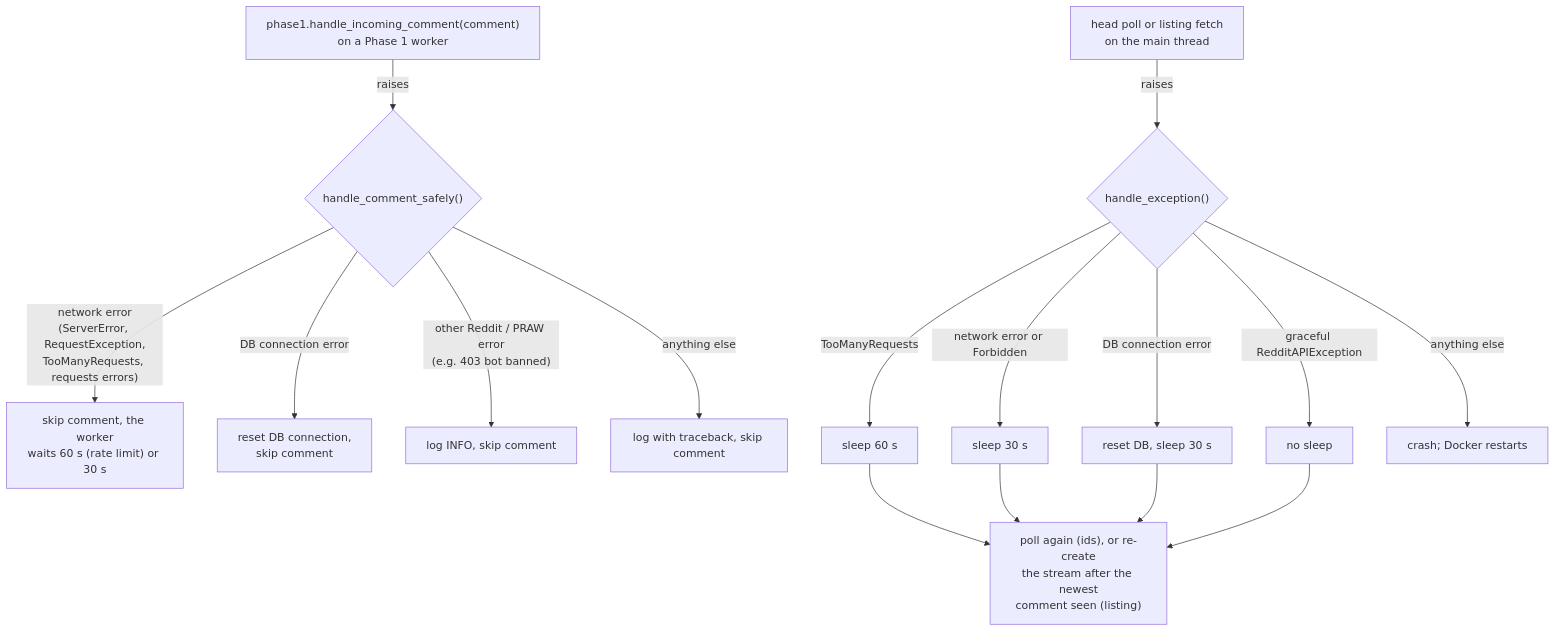
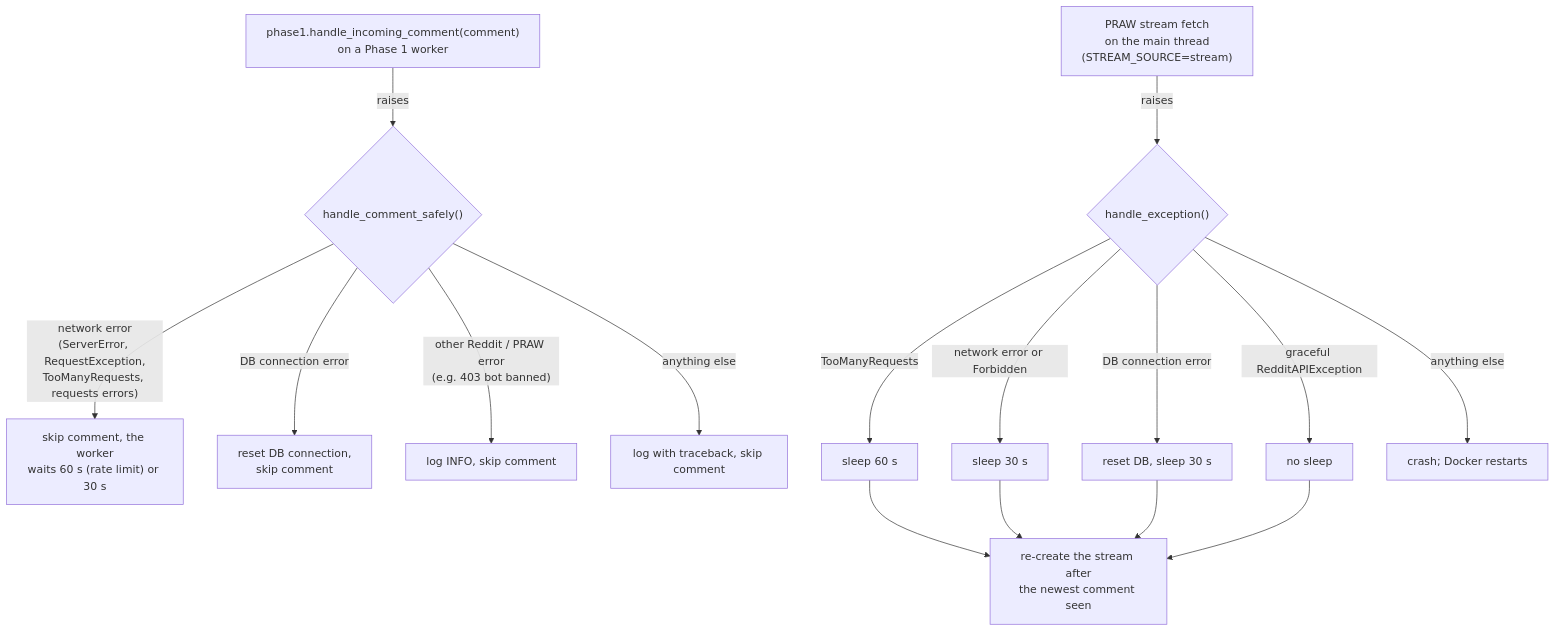
Before and after one commit to Toldry/RedditAutoCrosspostBot: the fourth of 4 diagrams in AGENTS.md, drawn with Mermaid. The commit also changed other lines of this file and 10 other files, not shown here.

First line of the commit message:
fix: read comments from the r/all listing on many threads again

````diff
--- a/AGENTS.md
+++ b/AGENTS.md
@@ -679,15 +670,15 @@
 ```mermaid
 flowchart TD
     C["phase1.handle_incoming_comment(comment)\non a Phase 1 worker"] -->|raises| S{"handle_comment_safely()"}
     S -->|"network error\n(ServerError, RequestException,\nTooManyRequests, requests errors)"| B["skip comment, the worker\nwaits 60 s (rate limit) or 30 s"]
     S -->|"DB connection error"| R["reset DB connection,\nskip comment"]
     S -->|"other Reddit / PRAW error\n(e.g. 403 bot banned)"| K["log INFO, skip comment"]
     S -->|"anything else"| L["log with traceback, skip comment"]
-    F["head poll or listing fetch\non the main thread"] -->|raises| H{"handle_exception()"}
+    F["PRAW stream fetch\non the main thread\n(STREAM_SOURCE=stream)"] -->|raises| H{"handle_exception()"}
     H -->|"TooManyRequests"| W60["sleep 60 s"]
     H -->|"network error or Forbidden"| W30["sleep 30 s"]
     H -->|"DB connection error"| WDB["reset DB, sleep 30 s"]
     H -->|"graceful RedditAPIException"| N["no sleep"]
-    W60 & W30 & WDB & N --> RS["poll again (ids), or re-create\nthe stream after the newest\ncomment seen (listing)"]
+    W60 & W30 & WDB & N --> RS["re-create the stream after\nthe newest comment seen"]
     H -->|"anything else"| X["crash; Docker restarts"]
 ```
````
